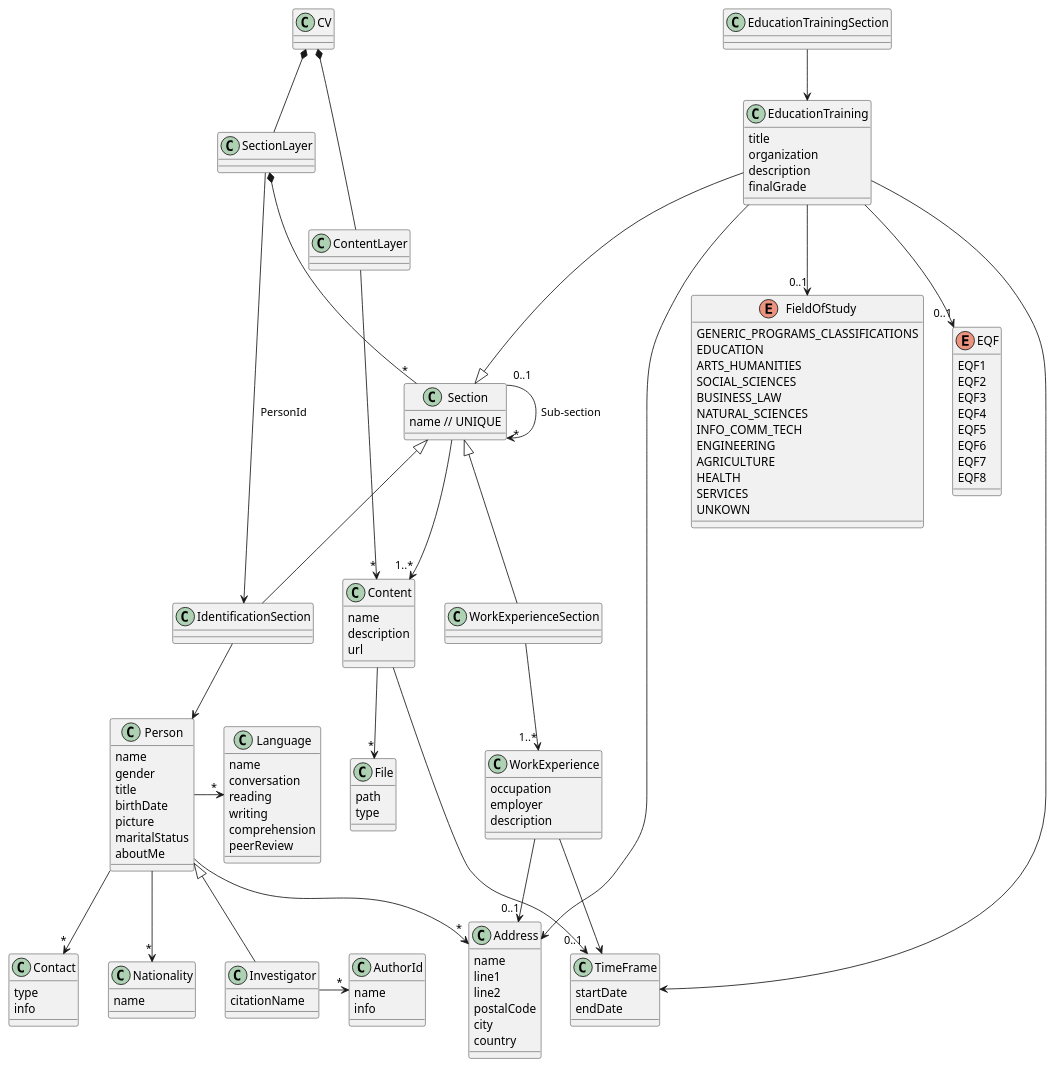
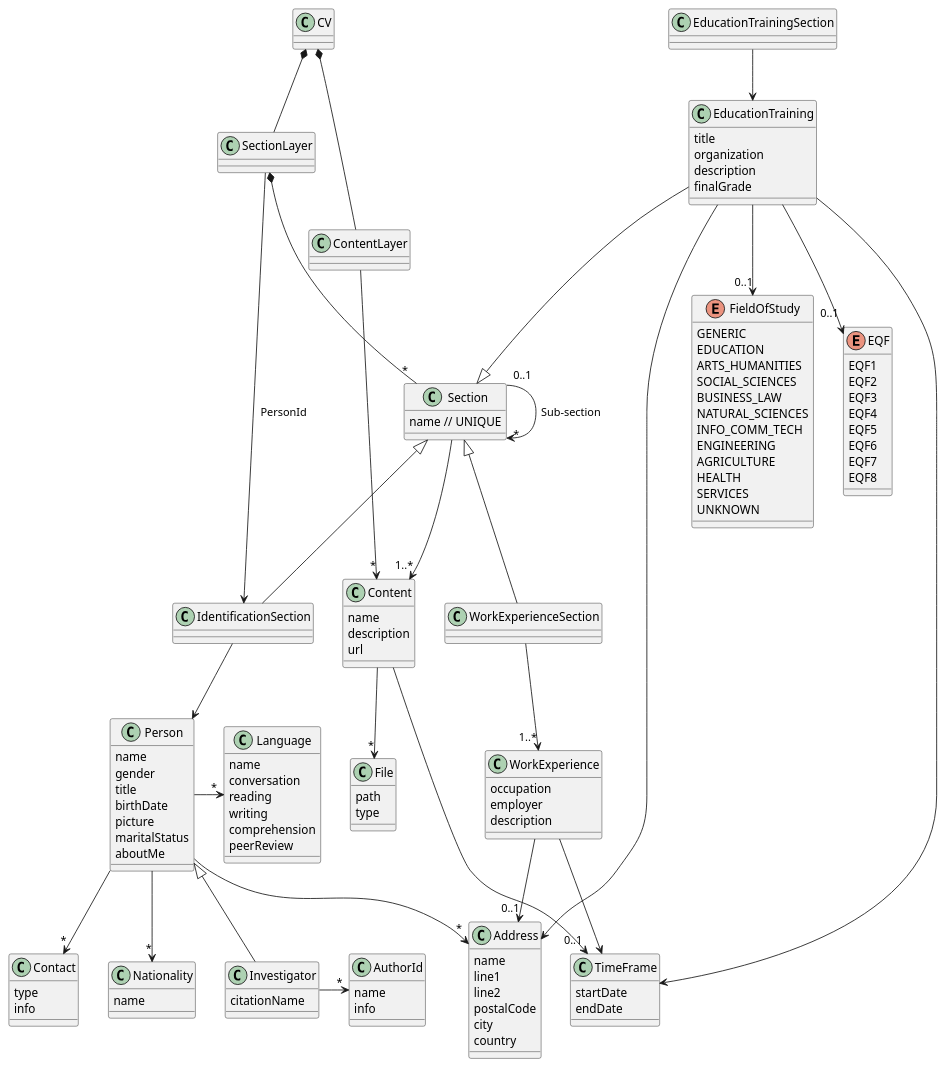
Before and after one commit to JoaoCostaIFG/tacs: the diagram in uml.puml, drawn with PlantUML. The commit also changed 6 other files, not shown here.

```diff
--- a/uml.puml
+++ b/uml.puml
@@ -1,169 +1,169 @@
 @startuml
 
 class CV {}
 
 class ContentLayer {}
 
 class Content {
   name
   description
   url
 }
 
 class File {
   path
   type
 }
 
 class SectionLayer {}
 
 class Section {
   name // UNIQUE
 }
 
 ' || IdSection
 
 class IdentificationSection {}
 
 class Contact {
   type
   info
 }
 
 class Language {
   name
   conversation
   reading
   writing
   comprehension
   peerReview
 }
 
 class Person {
   name
   gender
   title
   birthDate
   picture
   maritalStatus
   aboutMe
 }
 
 class Address {
   name
   line1
   line2
   postalCode
   city
   country
 }
 
 class Nationality {
   name
 }
 
 class Investigator {
   citationName
 }
 
 class AuthorId {
   name
   info
 }
 
 ' || END IdSection
 
 ' || WorkExperienceSection
 
 class WorkExperienceSection {
 }
 
 class WorkExperience {
   occupation
   employer
   description
 }
 
 class TimeFrame {
   startDate
   endDate
 }
 
 ' || END WorkExperienceSection
 
 ' || EducationTrainingSection
 class EducationTrainingSection {
 }
 
 class EducationTraining {
   title
   organization
   description
   finalGrade
 }
 
 enum FieldOfStudy {
-  GENERIC_PROGRAMS_CLASSIFICATIONS /' generic programs and classifications '/
+  GENERIC /' generic programs and classifications '/
   EDUCATION /' Education '/
   ARTS_HUMANITIES /' Arts and humanities '/
   SOCIAL_SCIENCES /' Social sciences, journalism and information '/
   BUSINESS_LAW /' Business, administration and law '/
   NATURAL_SCIENCES /' Natural sciences, mathematics and statistics '/
   INFO_COMM_TECH /' Information and Communication Technologies '/
   ENGINEERING /' Engineering, manufacturing and construction '/
   AGRICULTURE /' Agriculture, forestry, fisheries and veterinary '/
   HEALTH /' Health and welfare '/
   SERVICES /' Services '/
-  UNKOWN /' Field unknown '/
+  UNKNOWN /' Field unknown '/
 }
 
 enum EQF {
   EQF1
   EQF2
   EQF3
   EQF4
   EQF5
   EQF6
   EQF7
   EQF8
 }
 
 ' || END EducationTrainingSection
 
 ContentLayer -u-* CV
 SectionLayer -u-* CV
 
 ContentLayer -d-> "*" Content
 Content --> "0..1" TimeFrame
 Content --> "*" File
 
 SectionLayer --> IdentificationSection : "PersonId"
 Section --> "1..*" Content
 Section "*" -u-* SectionLayer
 Section "0..1" -d-> "*" Section : "Sub-section"
 
 IdentificationSection -u-|> Section
 ' CV -d-> "1" Section : "Identification"
 IdentificationSection --> Person
 
 Person --> "*" Contact
 Person --> "*" Nationality
 Person --> "*" Address
 Person -r-> "*" Language
 
 Investigator -u-|> Person
 Investigator -r-> "*" AuthorId
 
 WorkExperienceSection -u-|> Section
 WorkExperienceSection -d-> "1..*" WorkExperience
 WorkExperience --> "0..1" Address
 WorkExperience --> TimeFrame
 
 EducationTraining --|> Section
 EducationTrainingSection --> EducationTraining
 EducationTraining --> Address
 EducationTraining --> TimeFrame
 EducationTraining --> "0..1" FieldOfStudy
 EducationTraining --> "0..1" EQF
 
 @enduml
```
